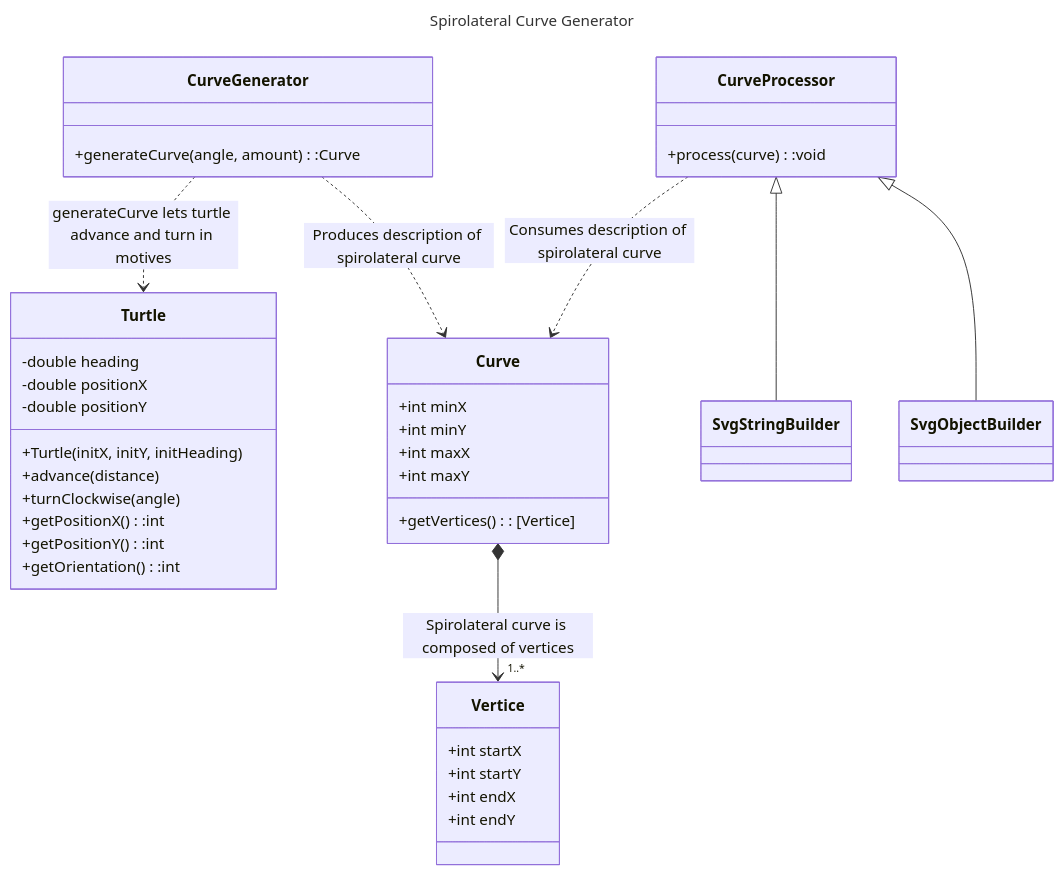
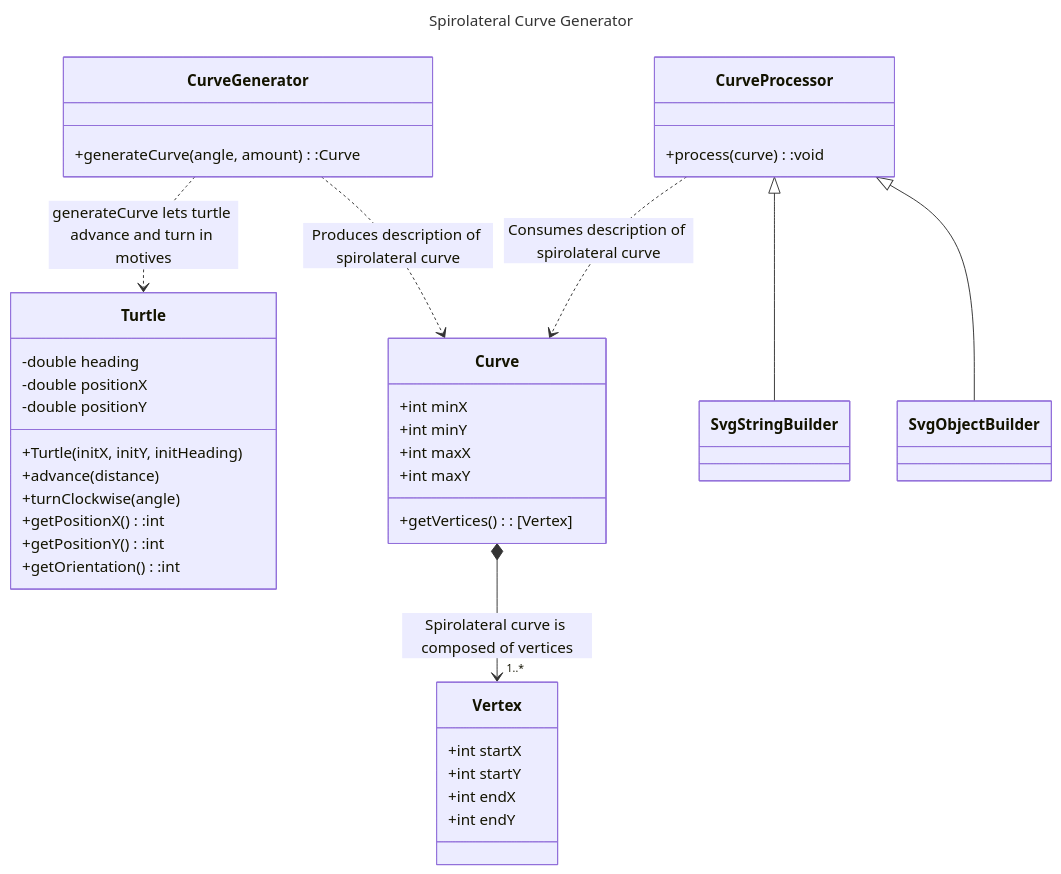
The diagram in README.md (m5c/SpirolateralCurves), drawn with Mermaid before and after one commit. The commit also changed other lines of this file and 5 other files, not shown here.

````diff
--- a/README.md
+++ b/README.md
@@ -68,48 +68,48 @@
 ```mermaid
 ---
 title: Spirolateral Curve Generator
 ---
 classDiagram
     class CurveGenerator{
         +generateCurve(angle, amount):Curve
     }
 
     class Turtle{
         -double heading
         -double positionX
         -double positionY
         +Turtle(initX, initY, initHeading)
         +advance(distance)
         +turnClockwise(angle)
         +getPositionX():int
         +getPositionY():int
         +getOrientation():int
     }
 
     class Curve {
         +int minX
         +int minY
         +int maxX
         +int maxY
-        +getVertices(): [Vertice]
+        +getVertices(): [Vertex]
     }
 
-    class Vertice{
+    class Vertex{
         +int startX
         +int startY
         +int endX
         +int endY
     }
 
     class CurveProcessor{
         +process(curve):void
     }
 
 
      CurveProcessor <|-- SvgStringBuilder
      CurveProcessor <|-- SvgObjectBuilder
      CurveGenerator ..> Turtle : generateCurve lets turtle advance and turn in motives
      CurveGenerator ..> Curve : Produces description of spirolateral curve
      CurveProcessor ..> Curve : Consumes description of spirolateral curve
-     Curve *--> "1..*" Vertice : Spirolateral curve is composed of vertices
+     Curve *--> "1..*" Vertex : Spirolateral curve is composed of vertices
 ```
````
